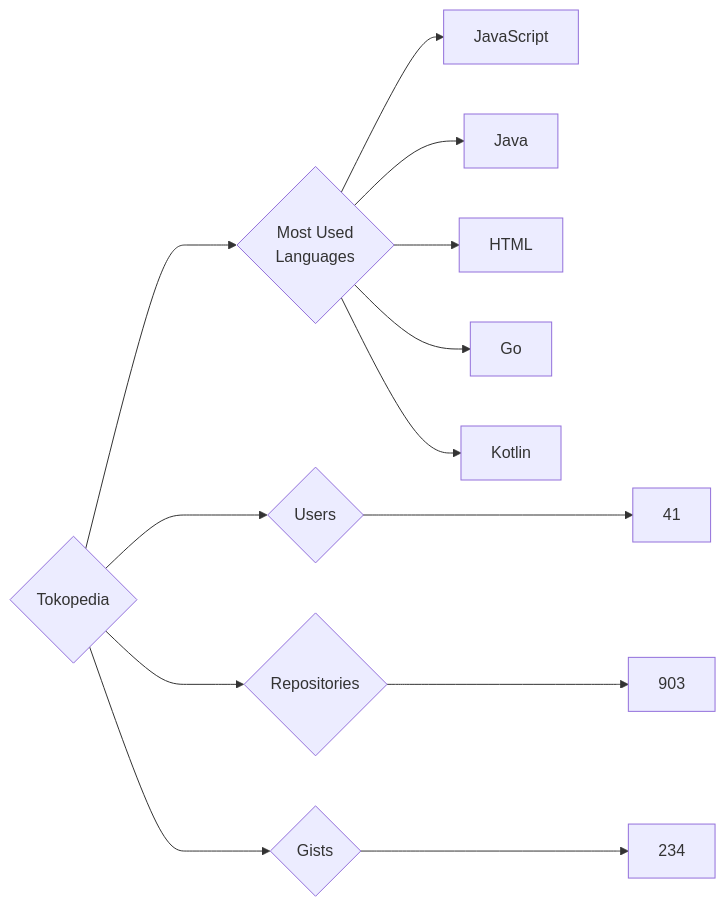
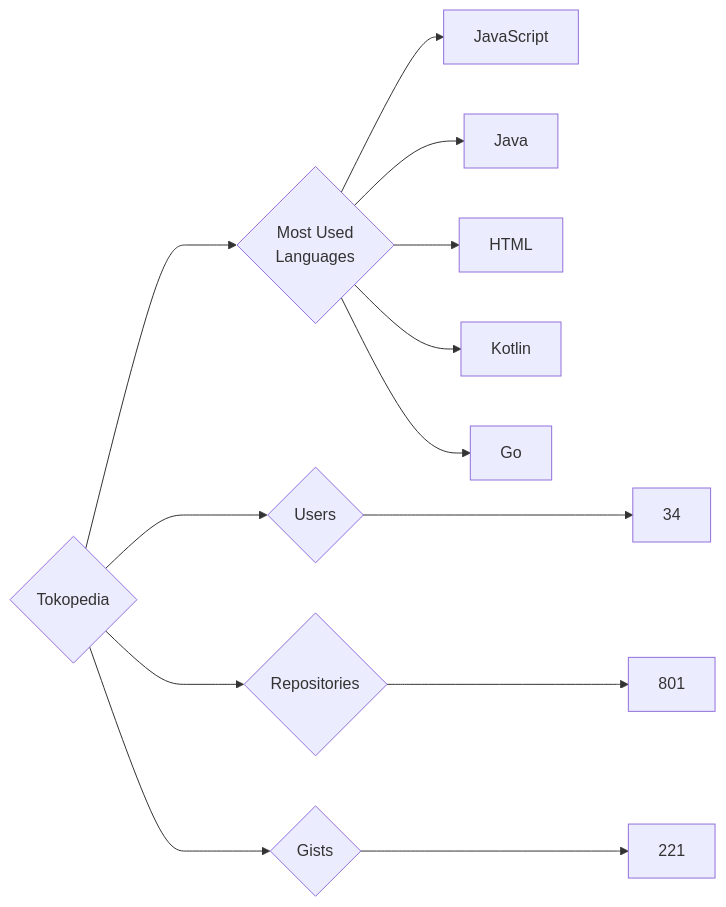
One commit to trickest/insiders changed the diagram in targets/Tokopedia/README.md. Above: the diagram before and after it, drawn with Mermaid. The commit also changed 1508 other files, not shown here.

````diff
--- a/targets/Tokopedia/README.md
+++ b/targets/Tokopedia/README.md
@@ -3,13 +3,13 @@
 ```mermaid
 graph LR
 COMPANY_NAME{Tokopedia}
-COMPANY_NAME ---> U{Users} ---> UN[41]
-COMPANY_NAME ---> R{Repositories} ---> RN[903]
-COMPANY_NAME ---> G{Gists} ---> GN[234]
+COMPANY_NAME ---> U{Users} ---> UN[34]
+COMPANY_NAME ---> R{Repositories} ---> RN[801]
+COMPANY_NAME ---> G{Gists} ---> GN[221]
 COMPANY_NAME ---> ML{Most Used<br>Languages}
 ML --> JavaScript[JavaScript]
 ML --> Java[Java]
 ML --> HTML[HTML]
+ML --> Kotlin[Kotlin]
 ML --> Go[Go]
-ML --> Kotlin[Kotlin]
 ```
````
